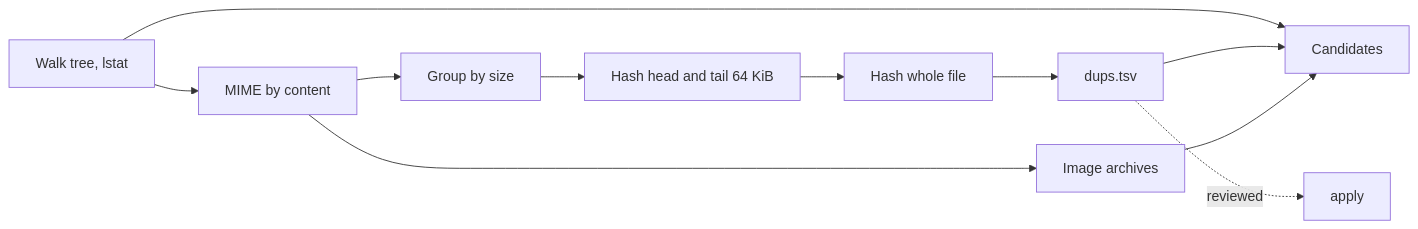
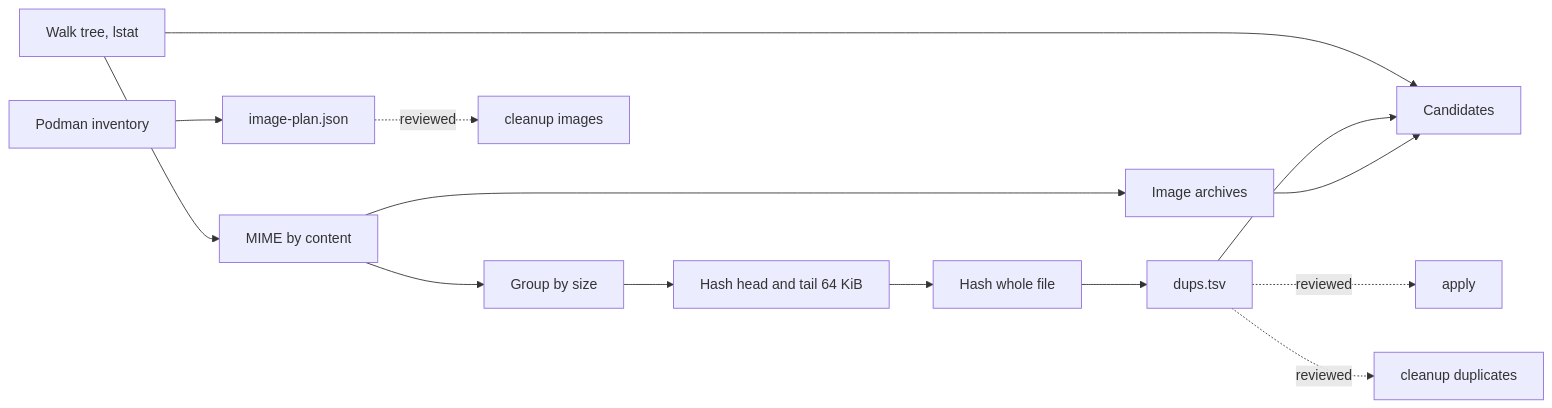
Before and after one commit to ioplane/tidyshare: the diagram in docs/en/explanation/design.md, drawn with Mermaid. The commit also changed other lines of this file and 23 other files, not shown here.

First line of the commit message:
feat(cleanup)!: добавить очистку, отчёты JSON/JSONL/MD и MCP

````diff
--- a/docs/en/explanation/design.md
+++ b/docs/en/explanation/design.md
@@ -5,13 +5,16 @@
 ```mermaid
 flowchart LR
     walk[Walk tree, lstat] --> mime[MIME by content]
     mime --> size[Group by size]
     size --> sample[Hash head and tail 64 KiB]
     sample --> full[Hash whole file]
     full --> plan[dups.tsv]
     walk --> cand[Candidates]
     plan --> cand
     mime --> img[Image archives]
     img --> cand
     plan -. reviewed .-> apply[apply]
+    plan -. reviewed .-> cleanup[cleanup duplicates]
+    inventory[Podman inventory] --> imageplan[image-plan.json]
+    imageplan -. reviewed .-> images[cleanup images]
 ```
````
